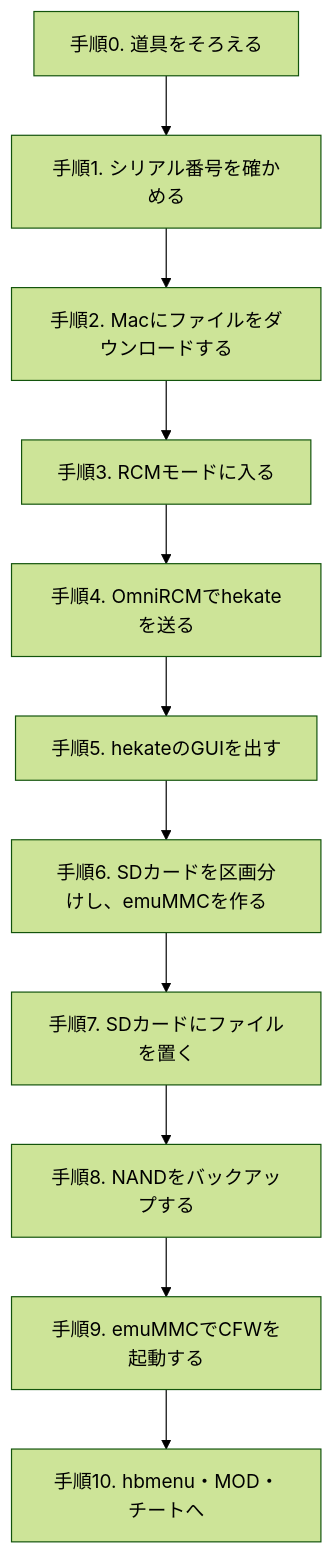
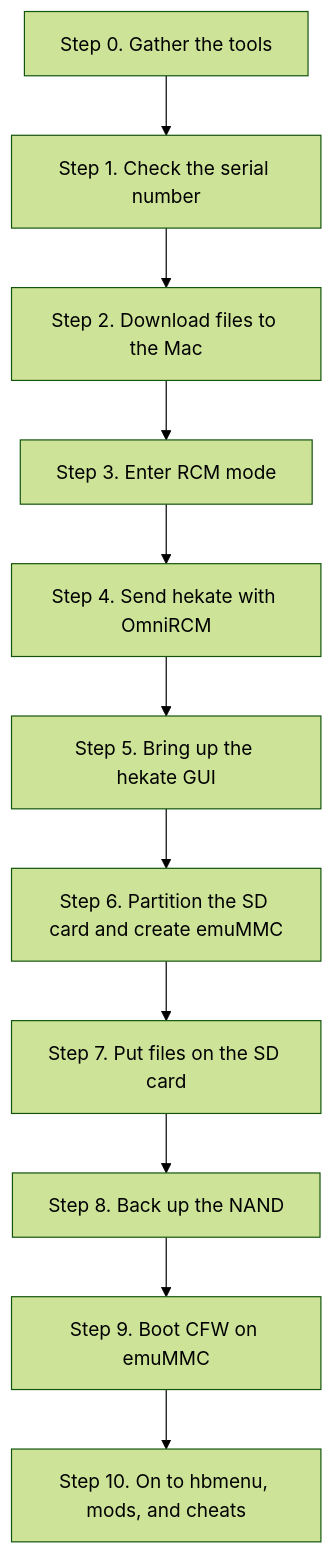
Before and after one commit to kiwamizamurai/gaming: the diagram in articles/25-switch-cfw.md, drawn with Mermaid (forest theme). The commit also changed other lines of this file and 46 other files, not shown here.

````diff
--- a/articles/25-switch-cfw.md
+++ b/articles/25-switch-cfw.md
@@ -23,13 +23,13 @@
 ```mermaid
 flowchart TD
-  S0[手順0. 道具をそろえる] --> S1[手順1. シリアル番号を確かめる]
-  S1 --> S2[手順2. Macにファイルをダウンロードする]
-  S2 --> S3[手順3. RCMモードに入る]
-  S3 --> S4[手順4. OmniRCMでhekateを送る]
-  S4 --> S5[手順5. hekateのGUIを出す]
-  S5 --> S6[手順6. SDカードを区画分けし、emuMMCを作る]
-  S6 --> S7[手順7. SDカードにファイルを置く]
-  S7 --> S8[手順8. NANDをバックアップする]
-  S8 --> S9[手順9. emuMMCでCFWを起動する]
-  S9 --> S10[手順10. hbmenu・MOD・チートへ]
+  S0[Step 0. Gather the tools] --> S1[Step 1. Check the serial number]
+  S1 --> S2[Step 2. Download files to the Mac]
+  S2 --> S3[Step 3. Enter RCM mode]
+  S3 --> S4[Step 4. Send hekate with OmniRCM]
+  S4 --> S5[Step 5. Bring up the hekate GUI]
+  S5 --> S6[Step 6. Partition the SD card and create emuMMC]
+  S6 --> S7[Step 7. Put files on the SD card]
+  S7 --> S8[Step 8. Back up the NAND]
+  S8 --> S9[Step 9. Boot CFW on emuMMC]
+  S9 --> S10[Step 10. On to hbmenu, mods, and cheats]
 ```
````
